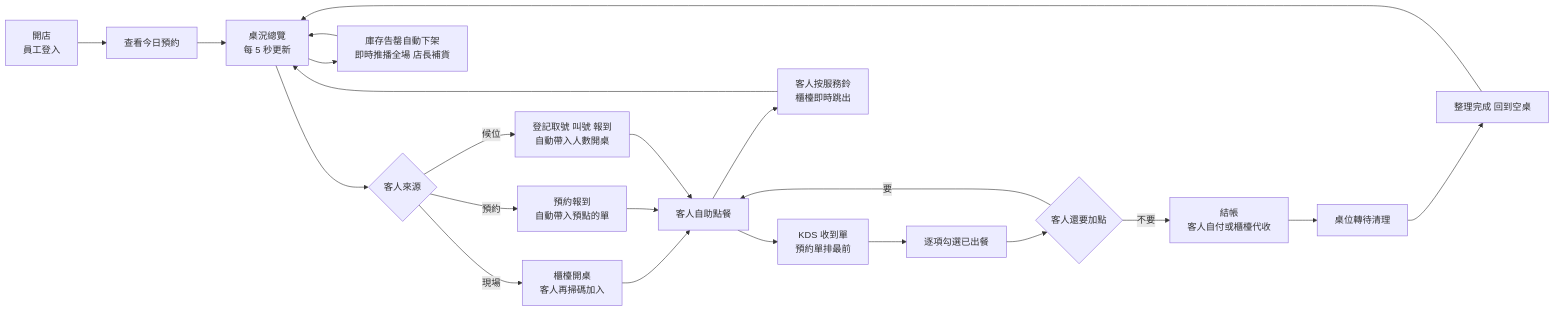
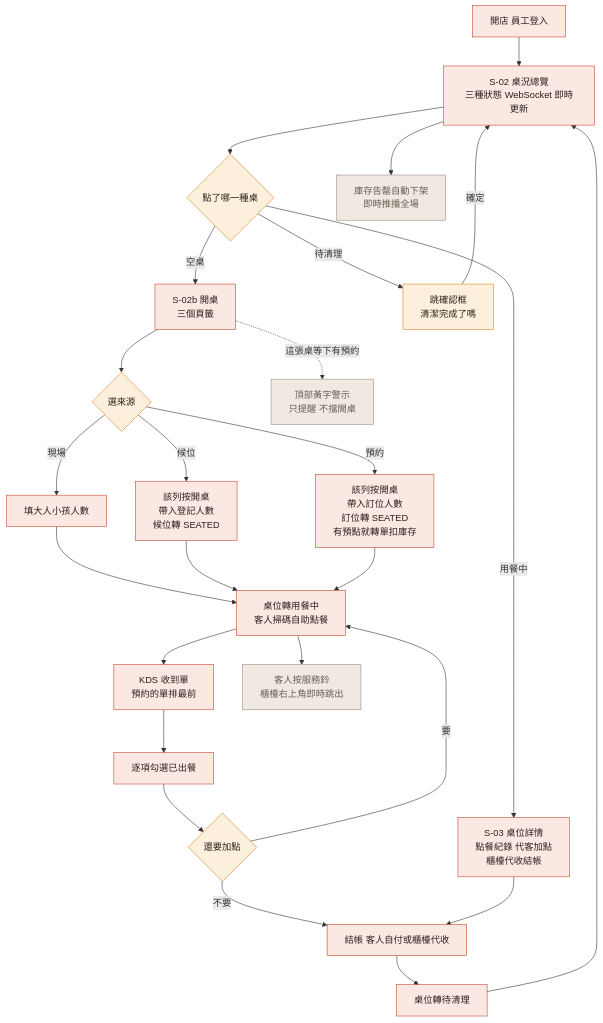
Before and after one commit to harry-wann/smart-order: the second of 3 diagrams in docs/ui/10-UI-UX規格.md, drawn with Mermaid. The commit also changed other lines of this file and 119 other files, not shown here.

````diff
--- a/docs/ui/10-UI-UX規格.md
+++ b/docs/ui/10-UI-UX規格.md
@@ -420,24 +617,37 @@
 ```mermaid
-flowchart LR
-    A["開店<br/>員工登入"] --> B["查看今日預約"]
-    B --> C["桌況總覽<br/>每 5 秒更新"]
-    C --> D{"客人來源"}
-    D -->|現場| E["櫃檯開桌<br/>客人再掃碼加入"]
-    D -->|候位| W["登記取號 叫號 報到<br/>自動帶入人數開桌"]
-    D -->|預約| F["預約報到<br/>自動帶入預點的單"]
-    E --> G["客人自助點餐"]
+flowchart TD
+    A["開店 員工登入"] --> C["S-02 桌況總覽<br/>三種狀態 WebSocket 即時更新"]
+    C --> T{"點了哪一種桌"}
+
+    T -->|空桌| O["S-02b 開桌<br/>三個頁籤"]
+    O --> O1{"選來源"}
+    O1 -->|現場| E["填大人小孩人數"]
+    O1 -->|候位| W["該列按開桌<br/>帶入登記人數<br/>候位轉 SEATED"]
+    O1 -->|預約| F["該列按開桌<br/>帶入訂位人數<br/>訂位轉 SEATED<br/>有預點就轉單扣庫存"]
+    O -.->|這張桌等下有預約| WARN["頂部黃字警示<br/>只提醒 不擋開桌"]
+    E --> G["桌位轉用餐中<br/>客人掃碼自助點餐"]
+    W --> G
     F --> G
-    W --> G
-    G --> H["KDS 收到單<br/>預約單排最前"]
+
+    T -->|用餐中| S3["S-03 桌位詳情<br/>點餐紀錄 代客加點<br/>櫃檯代收結帳"]
+    T -->|待清理| CL["跳確認框<br/>清潔完成了嗎"]
+    CL -->|確定| C
+
+    G --> H["KDS 收到單<br/>預約的單排最前"]
     H --> I["逐項勾選已出餐"]
-    I --> J{"客人還要加點"}
+    I --> J{"還要加點"}
     J -->|要| G
-    J -->|不要| K["結帳<br/>客人自付或櫃檯代收"]
+    J -->|不要| K["結帳 客人自付或櫃檯代收"]
+    S3 --> K
     K --> L["桌位轉待清理"]
-    L --> M["整理完成 回到空桌"]
-    M --> C
-    C --> N["庫存告罄自動下架<br/>即時推播全場 店長補貨"]
-    N --> C
-    G --> SV["客人按服務鈴<br/>櫃檯即時跳出"]
-    SV --> C
+    L --> C
+    C --> N["庫存告罄自動下架<br/>即時推播全場"]
+    G --> SV["客人按服務鈴<br/>櫃檯右上角即時跳出"]
+
+    classDef ok fill:#FBE8E3,stroke:#C8442E,color:#2B211C
+    classDef warn fill:#FCF0DC,stroke:#D98324,color:#2B211C
+    classDef quiet fill:#EFE9E1,stroke:#9C8E84,color:#6B5D54
+    class A,C,O,E,W,F,G,H,I,K,L,S3 ok
+    class T,O1,J,CL warn
+    class WARN,N,SV quiet
 ```
````
